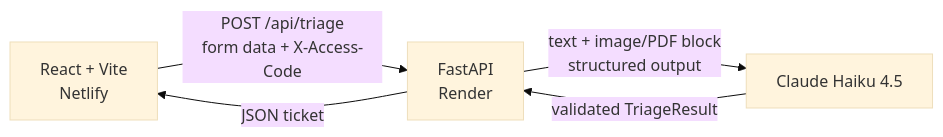
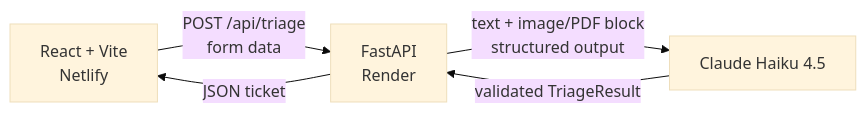
Before and after one commit to EthanDeSoto/TriageAssist: the diagram in README.md, drawn with Mermaid (base theme). The commit also changed other lines of this file and 9 other files, not shown here.

````diff
--- a/README.md
+++ b/README.md
@@ -41,7 +40,7 @@
 ```mermaid
 flowchart LR
-    A[React + Vite<br/>Netlify] -->|POST /api/triage<br/>form data + X-Access-Code| B[FastAPI<br/>Render]
+    A[React + Vite<br/>Netlify] -->|POST /api/triage<br/>form data| B[FastAPI<br/>Render]
     B -->|text + image/PDF block<br/>structured output| C[Claude Haiku 4.5]
     C -->|validated TriageResult| B
     B -->|JSON ticket| A
 ```
````
